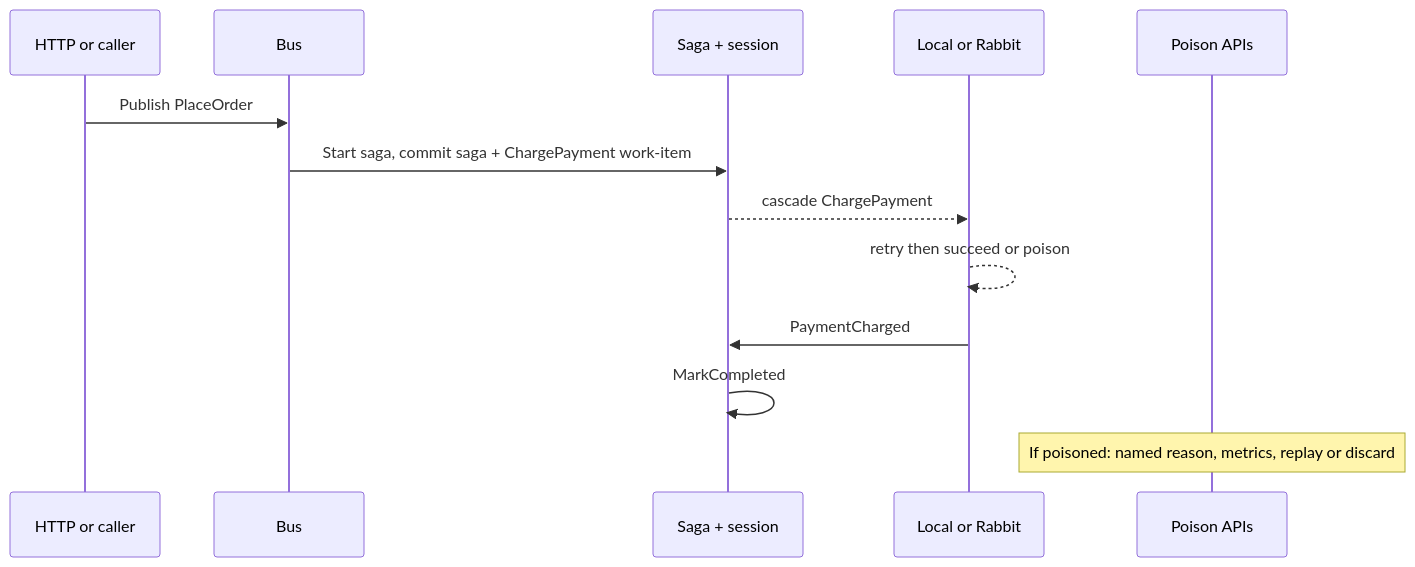
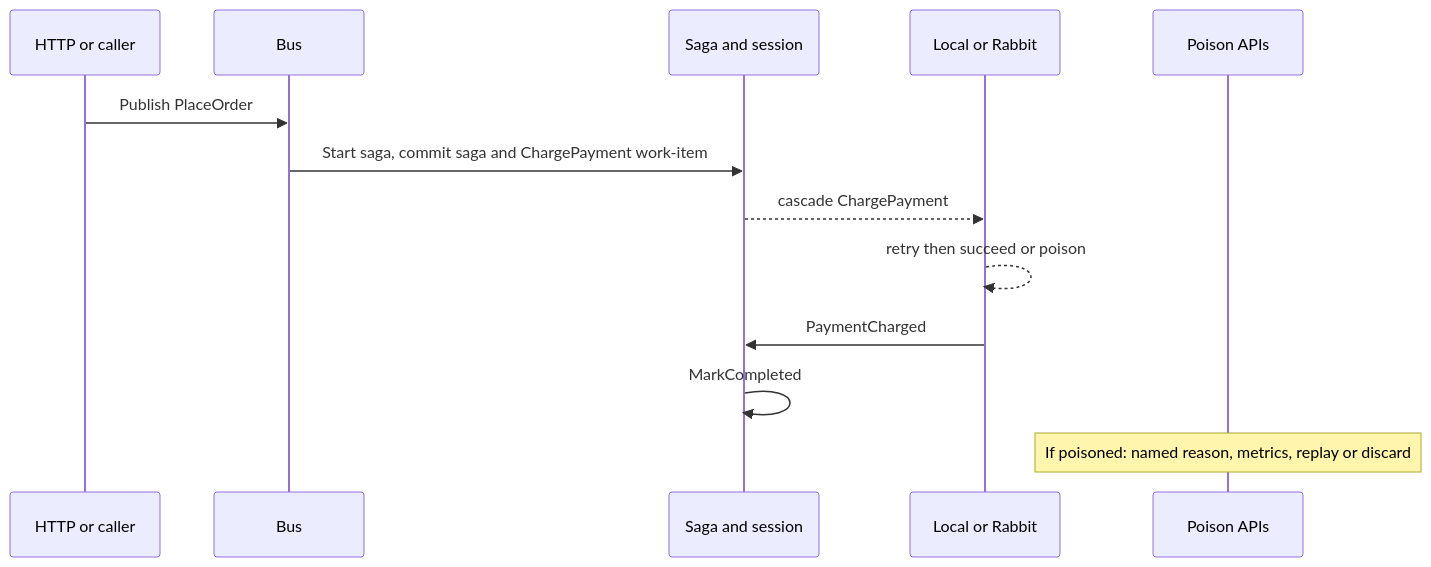
The third of 3 diagrams in specs/miniverine-12-month-kernel.md (charliemartin0/Miniverine), drawn with Mermaid before and after one commit. The commit also changed other lines of this file and 10 other files, not shown here.

````diff
--- a/specs/miniverine-12-month-kernel.md
+++ b/specs/miniverine-12-month-kernel.md
@@ -170,16 +170,16 @@
 ```mermaid
 sequenceDiagram
   participant H as HTTP or caller
   participant B as Bus
-  participant S as Saga + session
+  participant S as Saga and session
   participant Q as Local or Rabbit
   participant P as Poison APIs
 
   H->>B: Publish PlaceOrder
-  B->>S: Start saga, commit saga + ChargePayment work-item
+  B->>S: Start saga, commit saga and ChargePayment work-item
   S-->>Q: cascade ChargePayment
   Q-->>Q: retry then succeed or poison
   Q->>S: PaymentCharged
   S->>S: MarkCompleted
   Note over P: If poisoned: named reason, metrics, replay or discard
 ```
````
